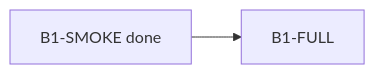
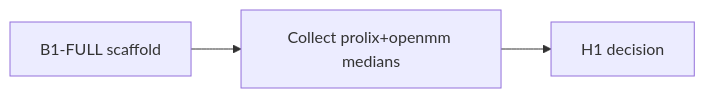
The diagram in .praxia/docs/audits/260710_xtrax-rewire_next_steps.md (maraxen/prolix), drawn with Mermaid before and after one commit. The commit also changed other lines of this file and 7 other files, not shown here.

First line of the commit message:
feat(bench): B1-FULL Claim-1 init-bound campaign scaffold

````diff
--- a/.praxia/docs/audits/260710_xtrax-rewire_next_steps.md
+++ b/.praxia/docs/audits/260710_xtrax-rewire_next_steps.md
@@ -20,6 +21,7 @@
 ```mermaid
 flowchart LR
-  smokeDone[B1-SMOKE done]
-  full[B1-FULL]
-  smokeDone --> full
+  fullDone[B1-FULL scaffold]
+  wait[Collect prolix+openmm medians]
+  h1[H1 decision]
+  fullDone --> wait --> h1
 ```
````
